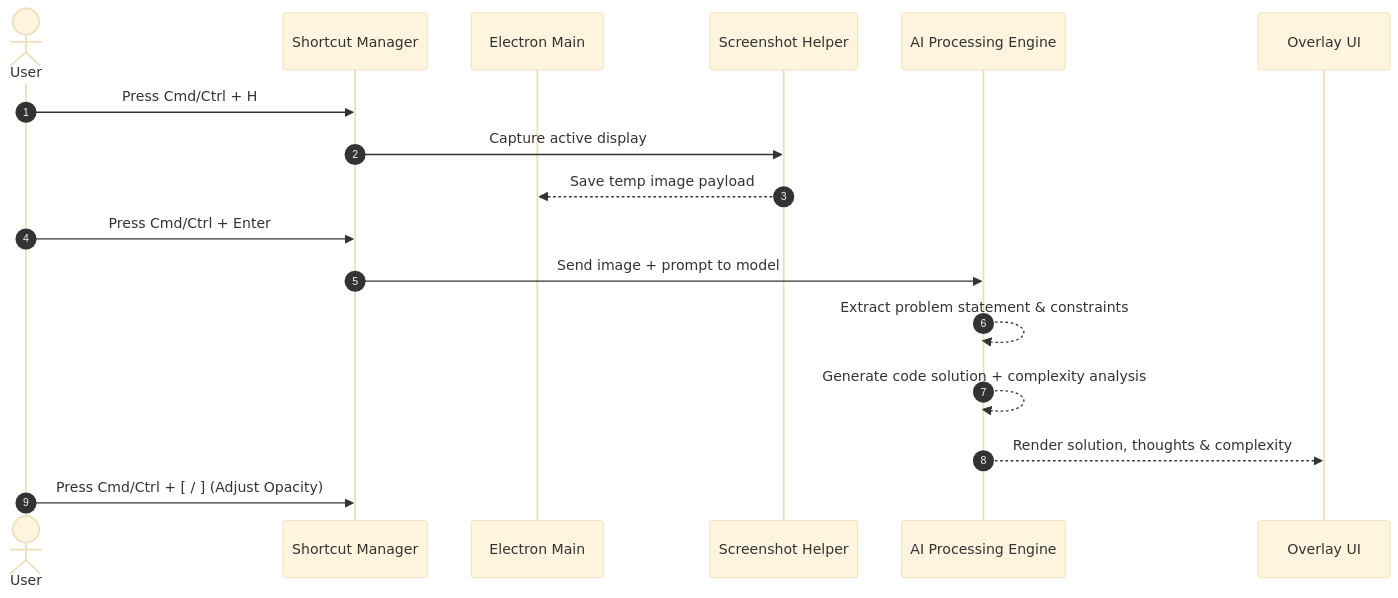
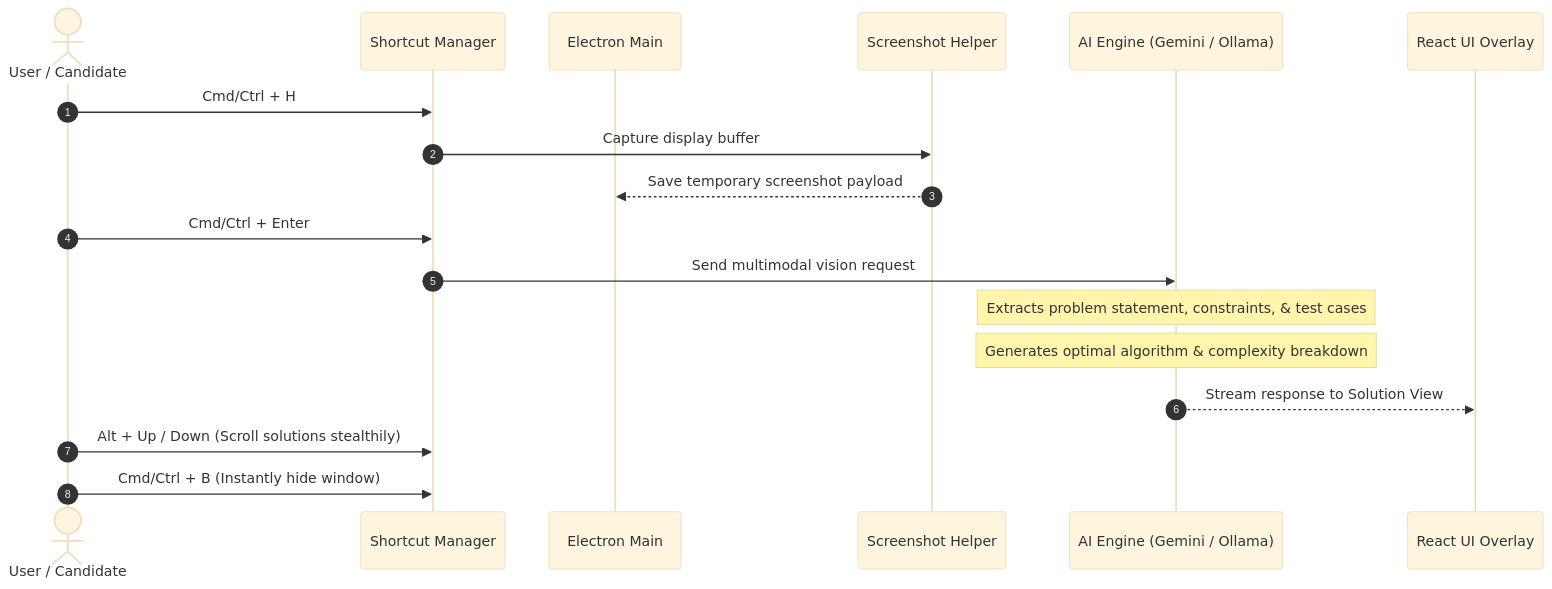
One commit to Abhinav-kp-dev/open-interview changed the second of 2 diagrams in README.md. Above: the diagram before and after it, drawn with Mermaid (base theme). The commit also changed other lines of this file, not shown here.

Commit message:
docs: add comprehensive professional README with architecture, guides, and model setup

````diff
--- a/README.md
+++ b/README.md
@@ -54,20 +147,21 @@
 ```mermaid
 sequenceDiagram
     autonumber
-    actor User
-    participant Hotkey as Shortcut Manager
+    actor Candidate as User / Candidate
+    participant Key as Shortcut Manager
     participant App as Electron Main
-    participant Screen as Screenshot Helper
-    participant AI as AI Processing Engine
-    participant UI as Overlay UI
+    participant Cam as Screenshot Helper
+    participant AI as AI Engine (Gemini / Ollama)
+    participant Overlay as React UI Overlay
 
-    User->>Hotkey: Press Cmd/Ctrl + H
-    Hotkey->>Screen: Capture active display
-    Screen-->>App: Save temp image payload
-    User->>Hotkey: Press Cmd/Ctrl + Enter
-    Hotkey->>AI: Send image + prompt to model
-    AI-->>AI: Extract problem statement & constraints
-    AI-->>AI: Generate code solution + complexity analysis
-    AI-->>UI: Render solution, thoughts & complexity
-    User->>Hotkey: Press Cmd/Ctrl + [ / ] (Adjust Opacity)
+    Candidate->>Key: Cmd/Ctrl + H
+    Key->>Cam: Capture display buffer
+    Cam-->>App: Save temporary screenshot payload
+    Candidate->>Key: Cmd/Ctrl + Enter
+    Key->>AI: Send multimodal vision request
+    Note over AI: Extracts problem statement, constraints, & test cases
+    Note over AI: Generates optimal algorithm & complexity breakdown
+    AI-->>Overlay: Stream response to Solution View
+    Candidate->>Key: Alt + Up / Down (Scroll solutions stealthily)
+    Candidate->>Key: Cmd/Ctrl + B (Instantly hide window)
 ```
````
